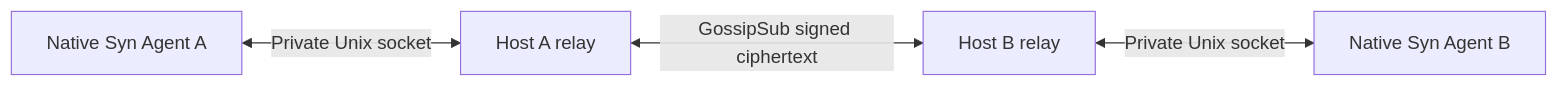
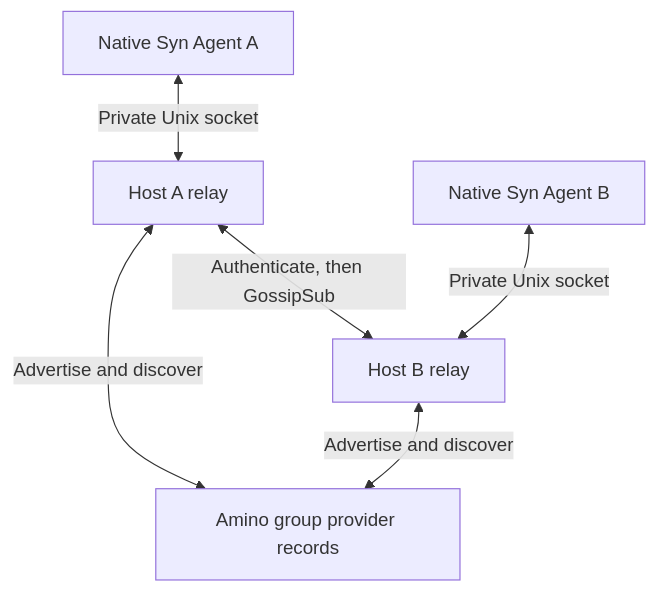
Before and after one commit to Synsphere/syn: the second of 3 diagrams in docs/development/private-pubsub.md, drawn with Mermaid. The commit also changed other lines of this file and 15 other files, not shown here.

````diff
--- a/docs/development/private-pubsub.md
+++ b/docs/development/private-pubsub.md
@@ -79,6 +91,9 @@
 ```mermaid
-flowchart LR
-    AgentA[Native Syn Agent A] <-->|Private Unix socket| RelayA[Host A relay]
-    RelayA <-->|GossipSub signed ciphertext| RelayB[Host B relay]
-    RelayB <-->|Private Unix socket| AgentB[Native Syn Agent B]
+flowchart TB
+    DHT[Amino group provider records]
+    RelayA[Host A relay] <-->|Advertise and discover| DHT
+    RelayB[Host B relay] <-->|Advertise and discover| DHT
+    RelayA <-->|Authenticate, then GossipSub| RelayB
+    AgentA[Native Syn Agent A] <-->|Private Unix socket| RelayA
+    AgentB[Native Syn Agent B] <-->|Private Unix socket| RelayB
 ```
````
